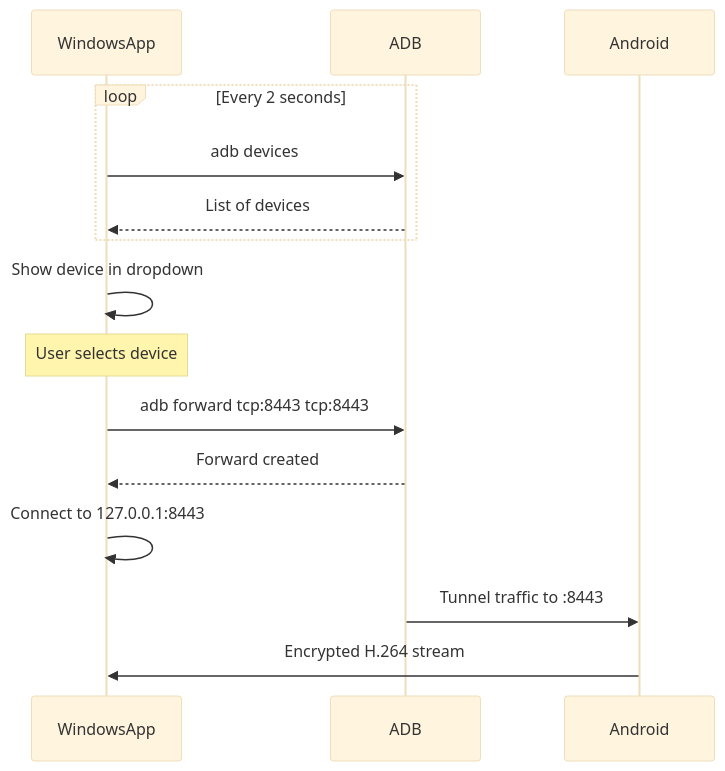
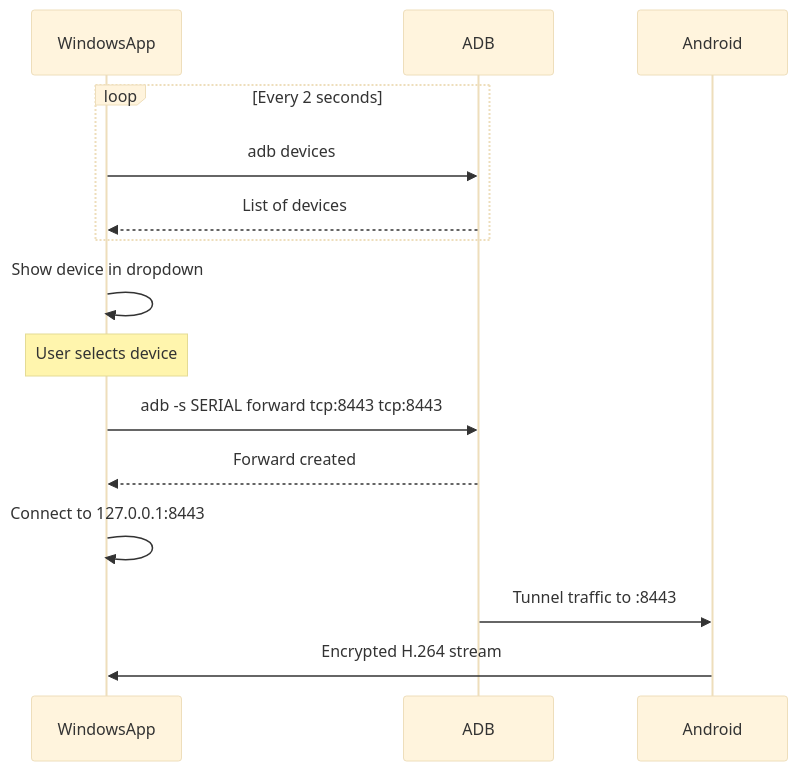
The diagram in docs/CONNECTION_USB.md (danielbolivar/vancamera), drawn with Mermaid (base theme) before and after one commit. The commit also changed other lines of this file and 9 other files, not shown here.

````diff
--- a/docs/CONNECTION_USB.md
+++ b/docs/CONNECTION_USB.md
@@ -9,18 +9,18 @@
 ```mermaid
 sequenceDiagram
     participant W as WindowsApp
     participant ADB as ADB
     participant A as Android
 
     loop Every 2 seconds
         W->>ADB: adb devices
         ADB-->>W: List of devices
     end
     W->>W: Show device in dropdown
     Note over W: User selects device
-    W->>ADB: adb forward tcp:8443 tcp:8443
+    W->>ADB: adb -s SERIAL forward tcp:8443 tcp:8443
     ADB-->>W: Forward created
     W->>W: Connect to 127.0.0.1:8443
     ADB->>A: Tunnel traffic to :8443
     A->>W: Encrypted H.264 stream
 ```
````
